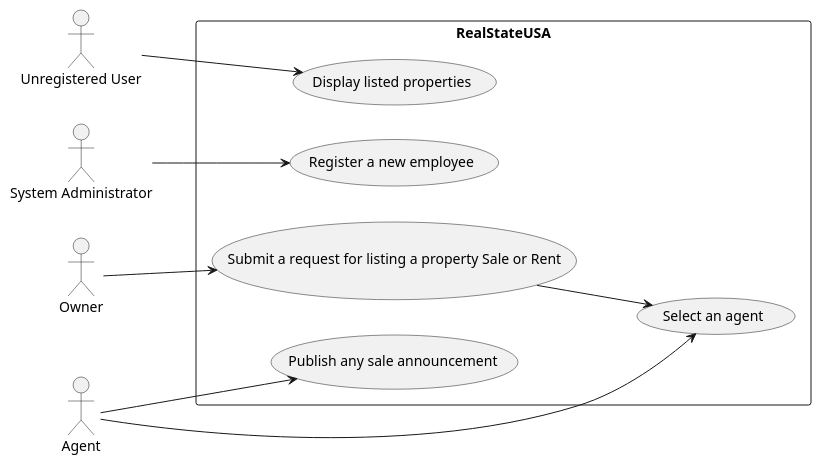
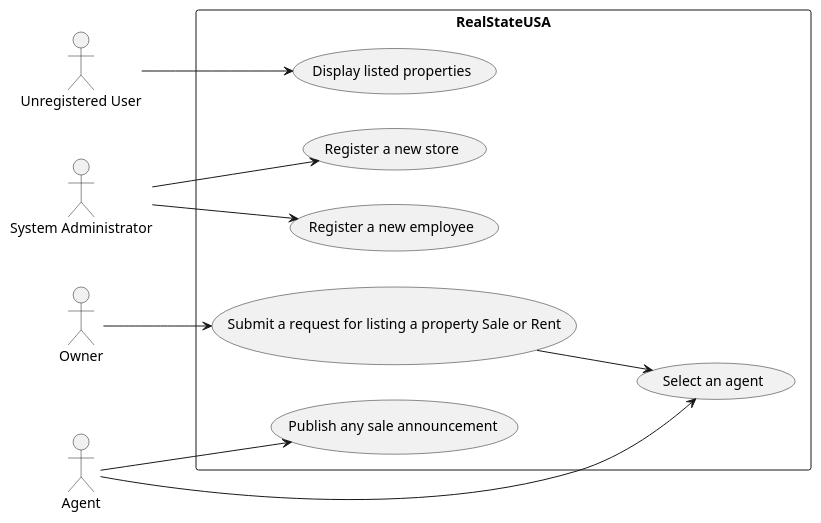
One commit to hugosilva2901/lei-22-s2-1DO-g68 changed the diagram in lei-22-s2-1do-g68/docs/SprintB/global-artifacts/01.requirements-engineering/puml/use-case-diagram.puml. Above: the diagram before and after it, drawn with PlantUML. The commit also changed 3 other files, not shown here.

```diff
--- a/lei-22-s2-1do-g68/docs/SprintB/global-artifacts/01.requirements-engineering/puml/use-case-diagram.puml
+++ b/lei-22-s2-1do-g68/docs/SprintB/global-artifacts/01.requirements-engineering/puml/use-case-diagram.puml
@@ -1,28 +1,30 @@
 @startuml
 
 
 'title Use Case Diagram Example
 
 left to right direction
 actor "Unregistered User"
 actor "Agent"
 actor "System Administrator"
 actor "Owner"
 
 
 top to bottom direction
 rectangle "RealStateUSA" as usecases{
     usecase "Display listed properties"
     usecase "Publish any sale announcement"
     usecase "Register a new employee"
+    usecase "Register a new store"
     usecase "Submit a request for listing a property Sale or Rent"
     usecase "Select an agent"
 }
     left to right direction
     "Agent" --> "Publish any sale announcement"
     "Unregistered User" --> "Display listed properties"
     "System Administrator" --> "Register a new employee"
+    "System Administrator" --> "Register a new store"
     "Owner" --> "Submit a request for listing a property Sale or Rent"
     "Submit a request for listing a property Sale or Rent" --> "Select an agent"
     "Agent" --> "Select an agent"
 @enduml"
```
